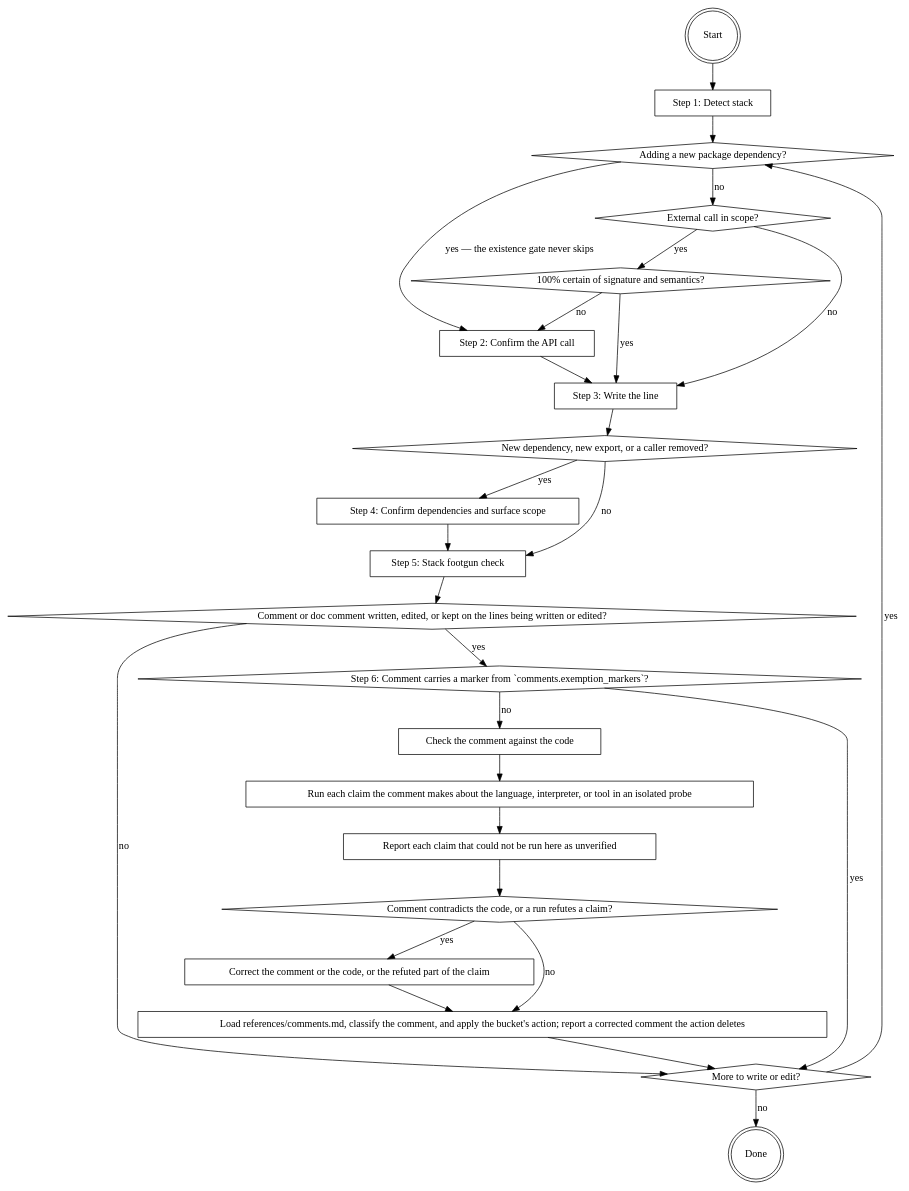
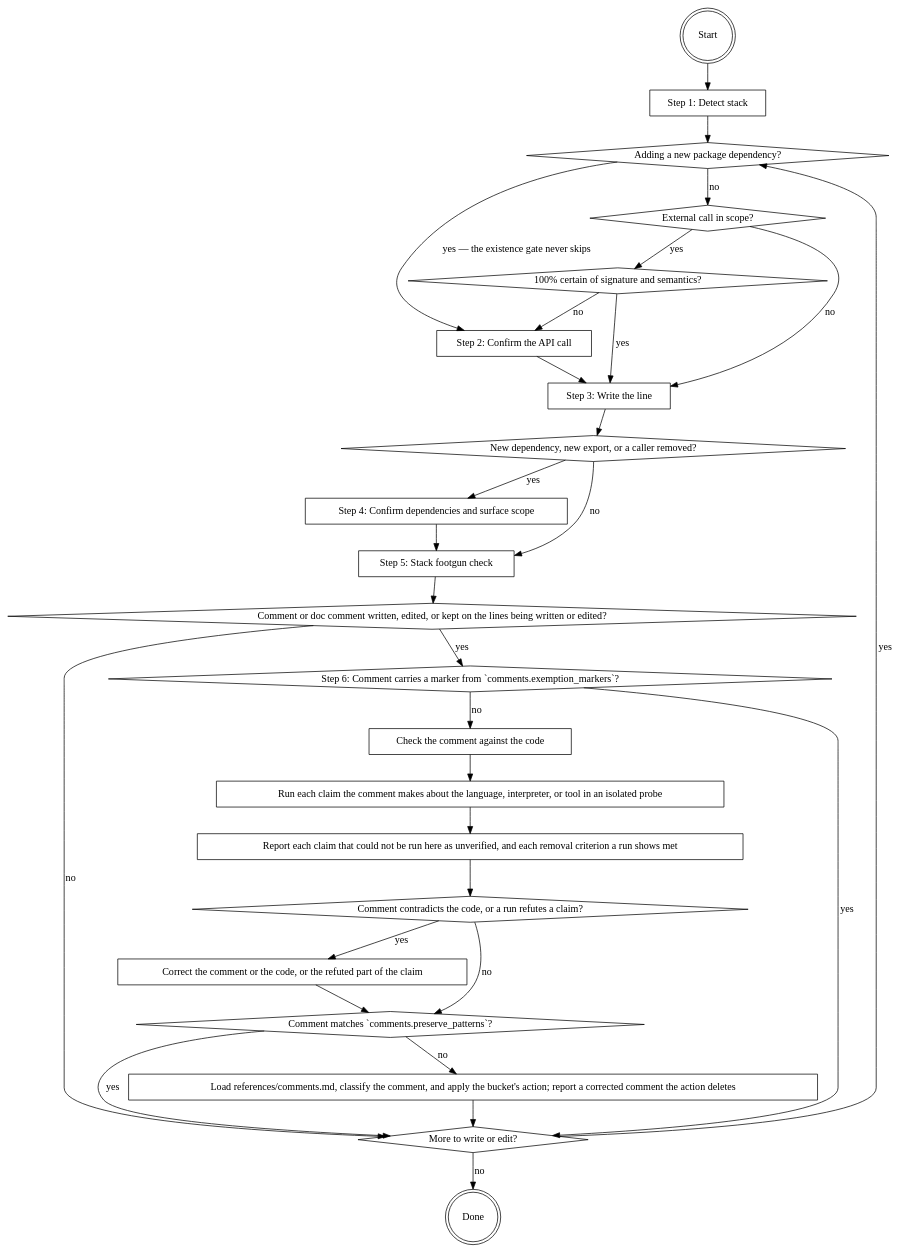
The diagram in plugins/software-writer/skills/writing-code/SKILL.md (it-bens/ai-tools), drawn with Graphviz before and after one commit. The commit also changed other lines of this file and 4 other files, not shown here.

````diff
--- a/plugins/software-writer/skills/writing-code/SKILL.md
+++ b/plugins/software-writer/skills/writing-code/SKILL.md
@@ -20,51 +20,54 @@
 ```dot
 digraph writing_code {
     "Start" [shape=doublecircle];
     "Step 1: Detect stack" [shape=box];
     "Adding a new package dependency?" [shape=diamond];
     "External call in scope?" [shape=diamond];
     "100% certain of signature and semantics?" [shape=diamond];
     "Step 2: Confirm the API call" [shape=box];
     "Step 3: Write the line" [shape=box];
     "New dependency, new export, or a caller removed?" [shape=diamond];
     "Step 4: Confirm dependencies and surface scope" [shape=box];
     "Step 5: Stack footgun check" [shape=box];
     "Comment or doc comment written, edited, or kept on the lines being written or edited?" [shape=diamond];
     "Step 6: Comment carries a marker from `comments.exemption_markers`?" [shape=diamond];
     "Check the comment against the code" [shape=box];
     "Run each claim the comment makes about the language, interpreter, or tool in an isolated probe" [shape=box];
-    "Report each claim that could not be run here as unverified" [shape=box];
+    "Report each claim that could not be run here as unverified, and each removal criterion a run shows met" [shape=box];
     "Comment contradicts the code, or a run refutes a claim?" [shape=diamond];
     "Correct the comment or the code, or the refuted part of the claim" [shape=box];
+    "Comment matches `comments.preserve_patterns`?" [shape=diamond];
     "Load references/comments.md, classify the comment, and apply the bucket's action; report a corrected comment the action deletes" [shape=box];
     "More to write or edit?" [shape=diamond];
     "Done" [shape=doublecircle];
 
     "Start" -> "Step 1: Detect stack" -> "Adding a new package dependency?";
     "Adding a new package dependency?" -> "Step 2: Confirm the API call" [label="yes — the existence gate never skips"];
     "Adding a new package dependency?" -> "External call in scope?" [label="no"];
     "External call in scope?" -> "100% certain of signature and semantics?" [label="yes"];
     "External call in scope?" -> "Step 3: Write the line" [label="no"];
     "100% certain of signature and semantics?" -> "Step 3: Write the line" [label="yes"];
     "100% certain of signature and semantics?" -> "Step 2: Confirm the API call" [label="no"];
     "Step 2: Confirm the API call" -> "Step 3: Write the line";
     "Step 3: Write the line" -> "New dependency, new export, or a caller removed?";
     "New dependency, new export, or a caller removed?" -> "Step 4: Confirm dependencies and surface scope" [label="yes"];
     "New dependency, new export, or a caller removed?" -> "Step 5: Stack footgun check" [label="no"];
     "Step 4: Confirm dependencies and surface scope" -> "Step 5: Stack footgun check";
     "Step 5: Stack footgun check" -> "Comment or doc comment written, edited, or kept on the lines being written or edited?";
     "Comment or doc comment written, edited, or kept on the lines being written or edited?" -> "Step 6: Comment carries a marker from `comments.exemption_markers`?" [label="yes"];
     "Comment or doc comment written, edited, or kept on the lines being written or edited?" -> "More to write or edit?" [label="no"];
     "Step 6: Comment carries a marker from `comments.exemption_markers`?" -> "More to write or edit?" [label="yes"];
     "Step 6: Comment carries a marker from `comments.exemption_markers`?" -> "Check the comment against the code" [label="no"];
     "Check the comment against the code" -> "Run each claim the comment makes about the language, interpreter, or tool in an isolated probe";
-    "Run each claim the comment makes about the language, interpreter, or tool in an isolated probe" -> "Report each claim that could not be run here as unverified";
-    "Report each claim that could not be run here as unverified" -> "Comment contradicts the code, or a run refutes a claim?";
+    "Run each claim the comment makes about the language, interpreter, or tool in an isolated probe" -> "Report each claim that could not be run here as unverified, and each removal criterion a run shows met";
+    "Report each claim that could not be run here as unverified, and each removal criterion a run shows met" -> "Comment contradicts the code, or a run refutes a claim?";
     "Comment contradicts the code, or a run refutes a claim?" -> "Correct the comment or the code, or the refuted part of the claim" [label="yes"];
-    "Comment contradicts the code, or a run refutes a claim?" -> "Load references/comments.md, classify the comment, and apply the bucket's action; report a corrected comment the action deletes" [label="no"];
-    "Correct the comment or the code, or the refuted part of the claim" -> "Load references/comments.md, classify the comment, and apply the bucket's action; report a corrected comment the action deletes";
+    "Comment contradicts the code, or a run refutes a claim?" -> "Comment matches `comments.preserve_patterns`?" [label="no"];
+    "Correct the comment or the code, or the refuted part of the claim" -> "Comment matches `comments.preserve_patterns`?";
+    "Comment matches `comments.preserve_patterns`?" -> "More to write or edit?" [label="yes"];
+    "Comment matches `comments.preserve_patterns`?" -> "Load references/comments.md, classify the comment, and apply the bucket's action; report a corrected comment the action deletes" [label="no"];
     "Load references/comments.md, classify the comment, and apply the bucket's action; report a corrected comment the action deletes" -> "More to write or edit?";
     "More to write or edit?" -> "Adding a new package dependency?" [label="yes"];
     "More to write or edit?" -> "Done" [label="no"];
 }
 ```
````
